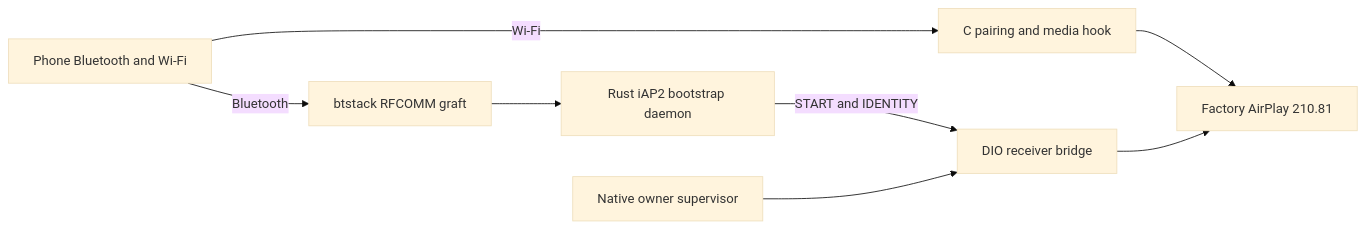
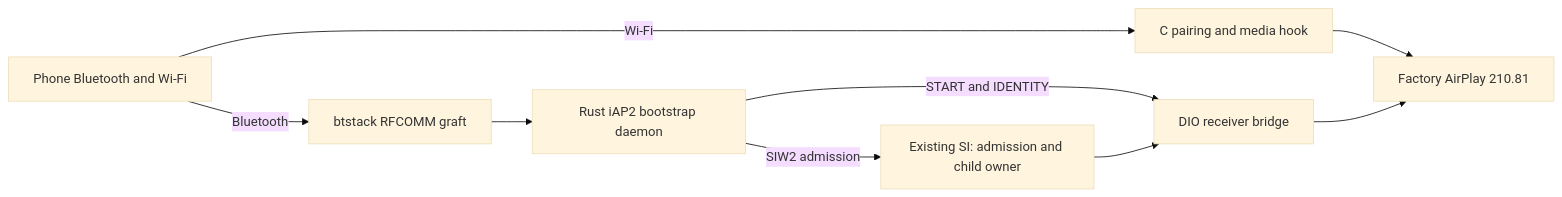
Before and after one commit to luka-dev/mib2q-carplay-rgi: the diagram in docs/wireless-carplay/STOCK210_ARCHITECTURE.md, drawn with Mermaid (base theme). The commit also changed other lines of this file and 820 other files, not shown here.

````diff
--- a/docs/wireless-carplay/STOCK210_ARCHITECTURE.md
+++ b/docs/wireless-carplay/STOCK210_ARCHITECTURE.md
@@ -15,16 +15,17 @@
 ```mermaid
 flowchart LR
     accTitle: Stock210 wireless component boundaries
-    accDescr: The Rust daemon handles Bluetooth bootstrap while the C hook extends the original receiver; the owner supervisor coordinates its lifetime.
+    accDescr: The Rust daemon handles Bluetooth bootstrap while the C hook extends the original receiver; SI owns admission and the DIO child.
     phone["Phone Bluetooth and Wi-Fi"]
     graft["btstack RFCOMM graft"]
     daemon["Rust iAP2 bootstrap daemon"]
     bridge["DIO receiver bridge"]
     hook["C pairing and media hook"]
     stock["Factory AirPlay 210.81"]
-    owner["Native owner supervisor"]
+    owner["Existing SI: admission and child owner"]
     phone -->|Bluetooth| graft --> daemon -->|START and IDENTITY| bridge
     phone -->|Wi-Fi| hook --> stock
     bridge --> stock
+    daemon -->|SIW2 admission| owner
     owner --> bridge
 ```
````
